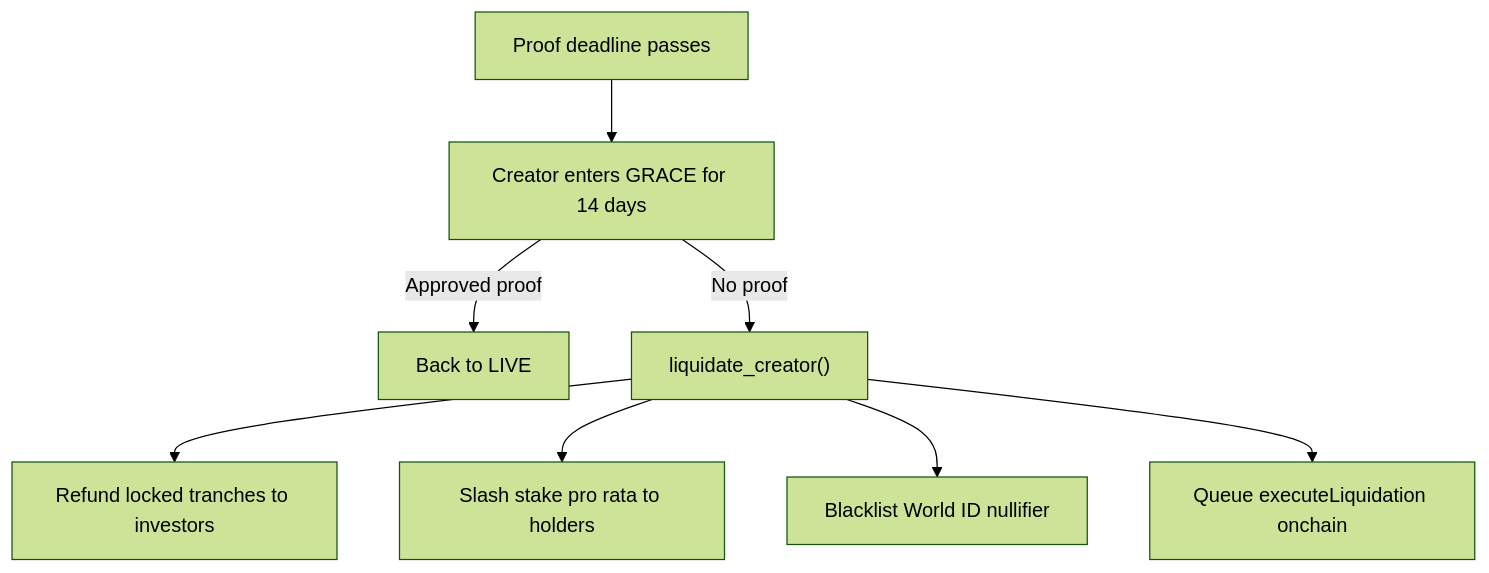
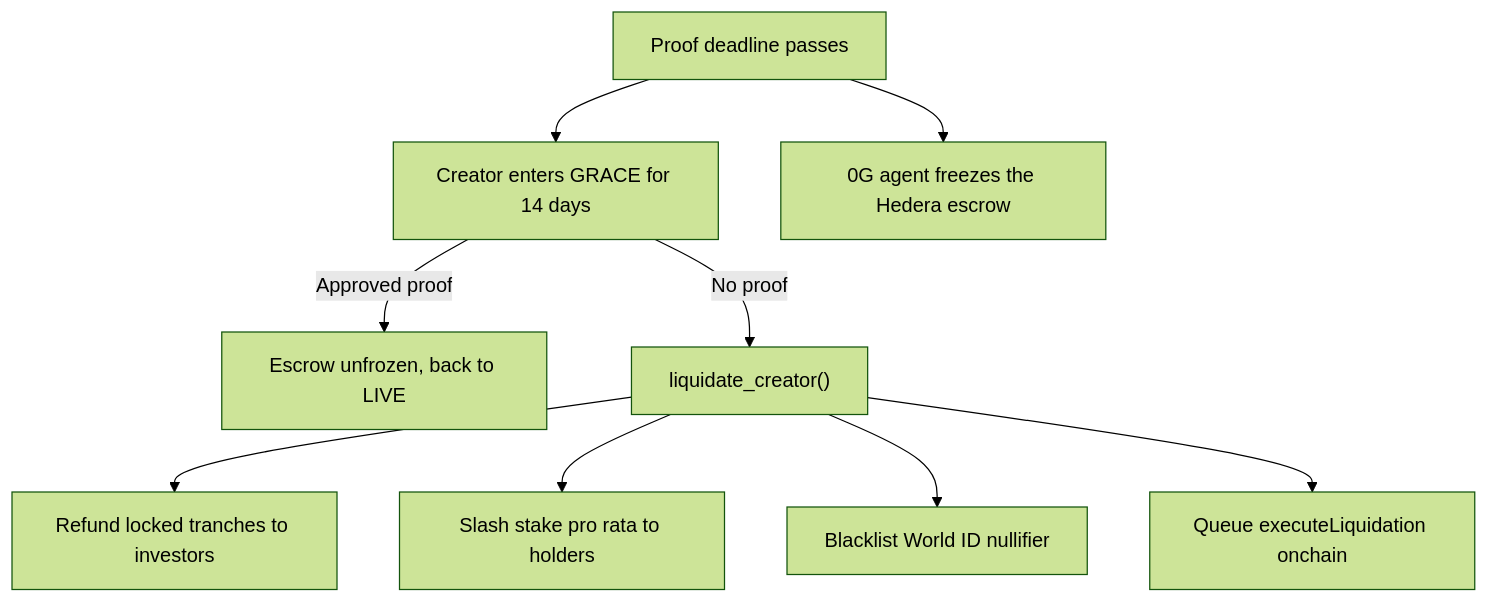
Before and after one commit to predatorx7/stakeme-ex: the fourth of 4 diagrams in docs/product-spec.md, drawn with Mermaid (forest theme). The commit also changed other lines of this file and 5 other files, not shown here.

````diff
--- a/docs/product-spec.md
+++ b/docs/product-spec.md
@@ -214,10 +256,11 @@
 ```mermaid
 flowchart TD
 	due["Proof deadline passes"] --> grace["Creator enters GRACE for 14 days"]
-	grace -->|"Approved proof"| live["Back to LIVE"]
+	due --> freeze["0G agent freezes the Hedera escrow"]
+	grace -->|"Approved proof"| unfreeze["Escrow unfrozen, back to LIVE"]
 	grace -->|"No proof"| liquidate["liquidate_creator()"]
 	liquidate --> refund["Refund locked tranches to investors"]
 	liquidate --> slash["Slash stake pro rata to holders"]
 	liquidate --> ban["Blacklist World ID nullifier"]
 	liquidate --> job["Queue executeLiquidation onchain"]
 ```
````
